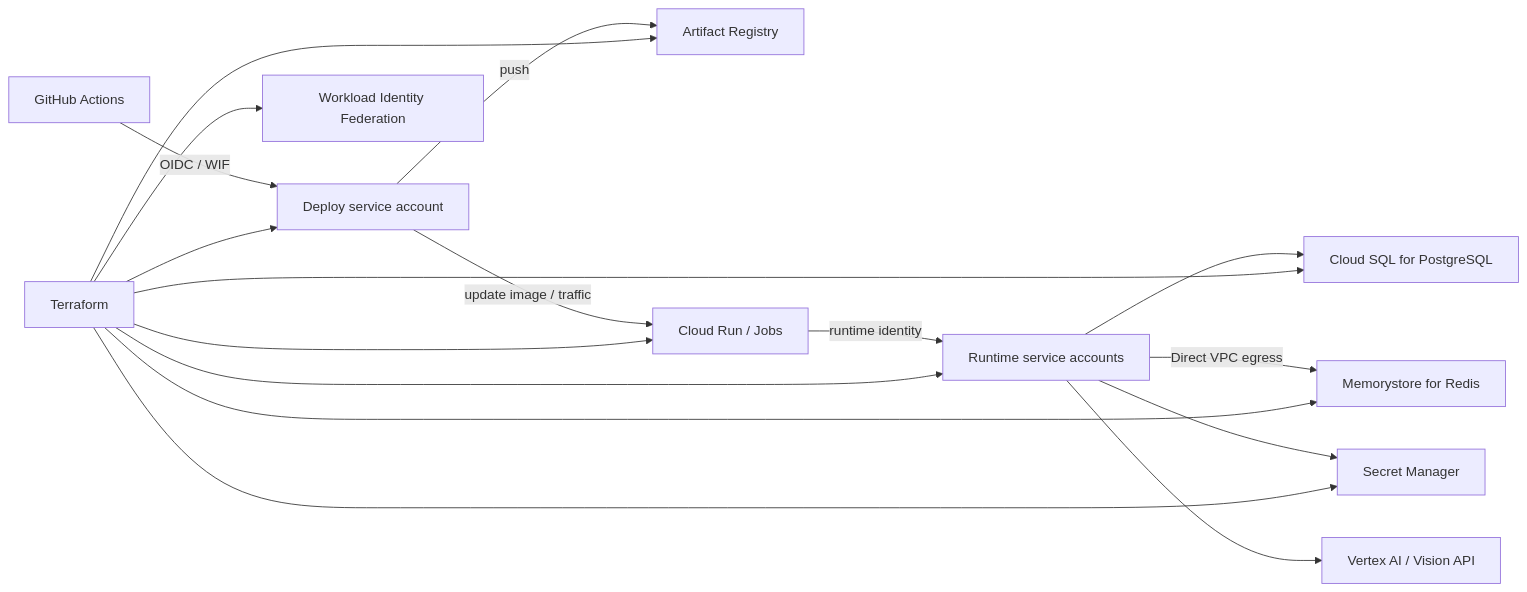
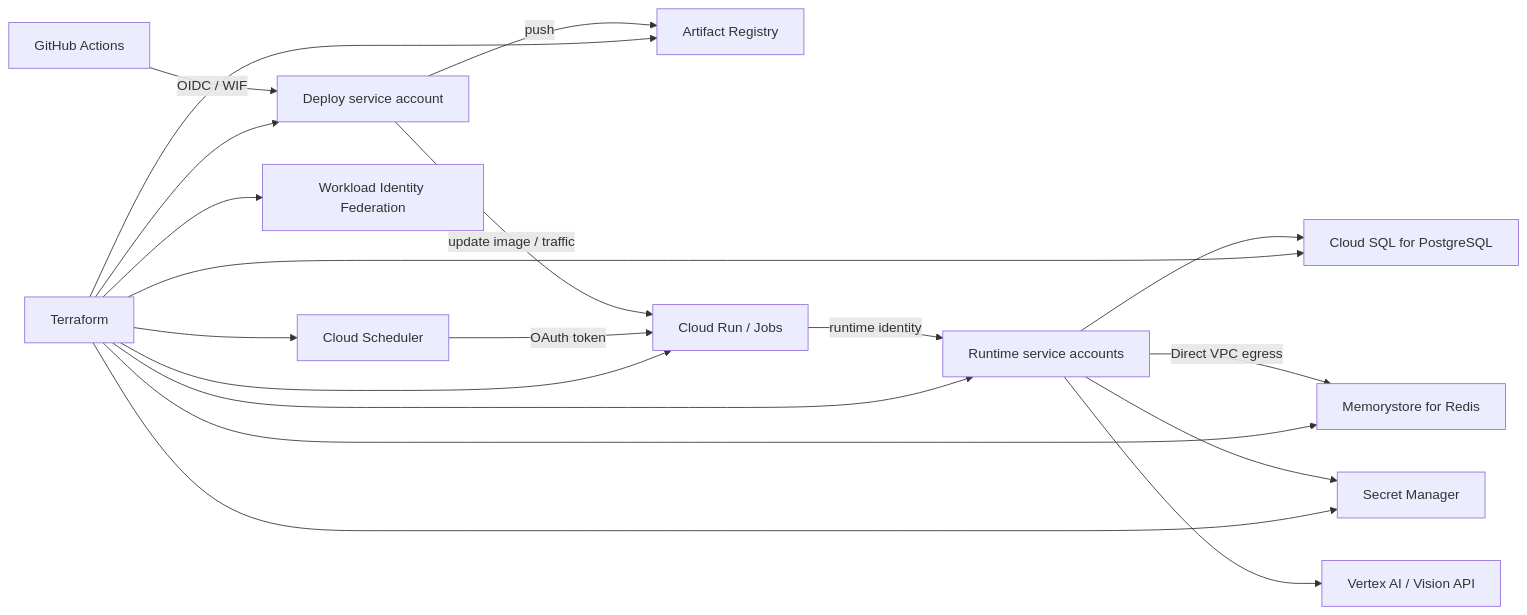
Before and after one commit to UCHIDAnobuhiro/stock-infra: the diagram in README.md, drawn with Mermaid. The commit also changed other lines of this file and 8 other files, not shown here.

````diff
--- a/README.md
+++ b/README.md
@@ -18,19 +18,21 @@
 ```mermaid
 flowchart LR
     GH["GitHub Actions"] -->|"OIDC / WIF"| DEPLOYER["Deploy service account"]
     DEPLOYER -->|"push"| AR["Artifact Registry"]
     DEPLOYER -->|"update image / traffic"| RUN["Cloud Run / Jobs"]
     RUN -->|"runtime identity"| RUNTIME["Runtime service accounts"]
     RUNTIME --> SQL["Cloud SQL for PostgreSQL"]
     RUNTIME -->|"Direct VPC egress"| REDIS["Memorystore for Redis"]
     RUNTIME --> SECRETS["Secret Manager"]
     RUNTIME --> AI["Vertex AI / Vision API"]
+    SCHED["Cloud Scheduler"] -->|"OAuth token"| RUN
     TF["Terraform"] --> SQL
     TF --> REDIS
     TF --> AR
     TF --> SECRETS
     TF --> RUNTIME
     TF --> DEPLOYER
     TF --> WIF["Workload Identity Federation"]
     TF --> RUN
+    TF --> SCHED
 ```
````
